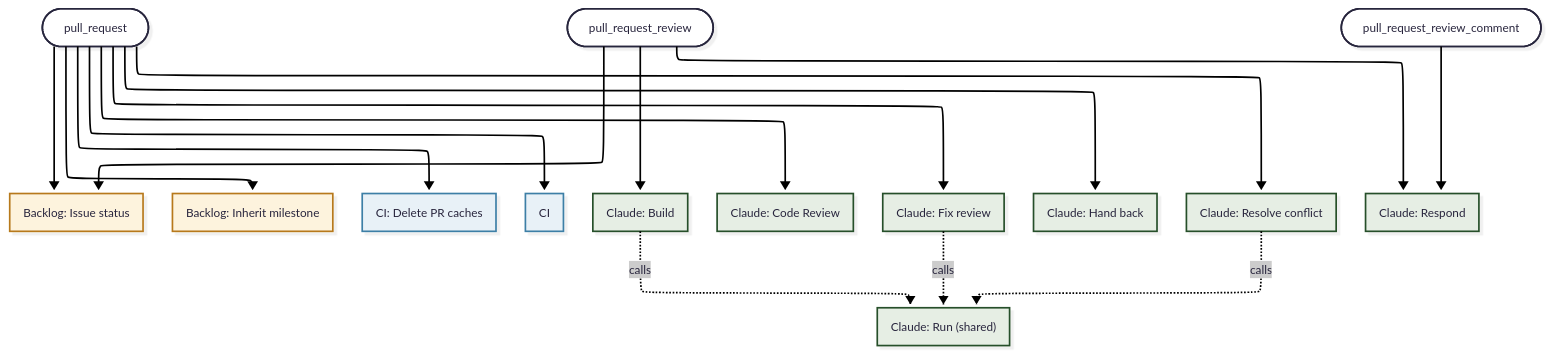
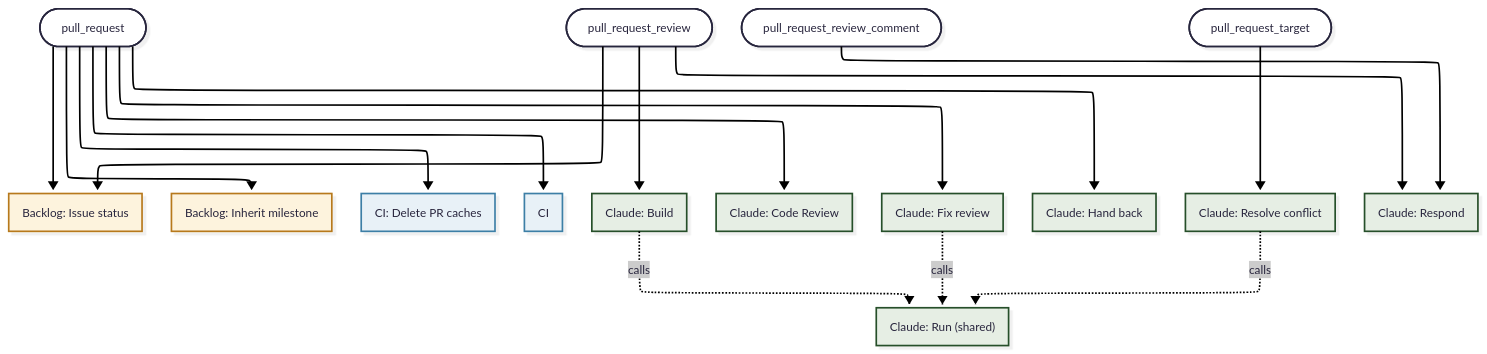
One commit to henetiriki/kinscape changed the first of 3 diagrams in .github/workflows/README.md. Above: the diagram before and after it, drawn with Mermaid. The commit also changed other lines of this file and 4 other files, not shown here.

First line of the commit message:
C641: Start resolve-conflict on pull_request_target

````diff
--- a/.github/workflows/README.md
+++ b/.github/workflows/README.md
@@ -46,44 +46,45 @@
 ```mermaid
 ---
 config:
   theme: redux-color
   look: neo
   layout: elk
 ---
 flowchart TB
   on_pull_request([pull_request])
   on_pull_request_review([pull_request_review])
   on_pull_request_review_comment([pull_request_review_comment])
+  on_pull_request_target([pull_request_target])
   backlog_issue_status["Backlog: Issue status"]
   backlog_milestone["Backlog: Inherit milestone"]
   ci_cache_cleanup["CI: Delete PR caches"]
   ci["CI"]
   claude_build["Claude: Build"]
   claude_code_review["Claude: Code Review"]
   claude_fix_review["Claude: Fix review"]
   claude_hand_back["Claude: Hand back"]
   claude_resolve_conflict["Claude: Resolve conflict"]
   claude_respond["Claude: Respond"]
   claude_run["Claude: Run (shared)"]
   on_pull_request --> backlog_issue_status
   on_pull_request --> backlog_milestone
   on_pull_request --> ci_cache_cleanup
   on_pull_request --> ci
   on_pull_request --> claude_code_review
   on_pull_request --> claude_fix_review
   on_pull_request --> claude_hand_back
-  on_pull_request --> claude_resolve_conflict
   on_pull_request_review --> backlog_issue_status
   on_pull_request_review --> claude_build
   on_pull_request_review --> claude_respond
   on_pull_request_review_comment --> claude_respond
+  on_pull_request_target --> claude_resolve_conflict
   claude_build -.->|calls| claude_run
   claude_fix_review -.->|calls| claude_run
   claude_resolve_conflict -.->|calls| claude_run
   classDef backlog fill:#fdf3dd,stroke:#b7791f
   classDef ci fill:#e8f1f7,stroke:#3e7fa6
   classDef claude fill:#e6eee4,stroke:#264f29
   class backlog_issue_status,backlog_milestone backlog
   class ci_cache_cleanup,ci ci
   class claude_build,claude_code_review,claude_fix_review,claude_hand_back,claude_resolve_conflict,claude_respond,claude_run claude
 ```
````
